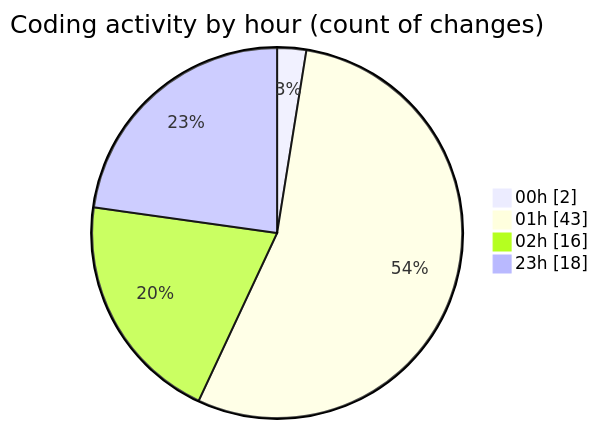
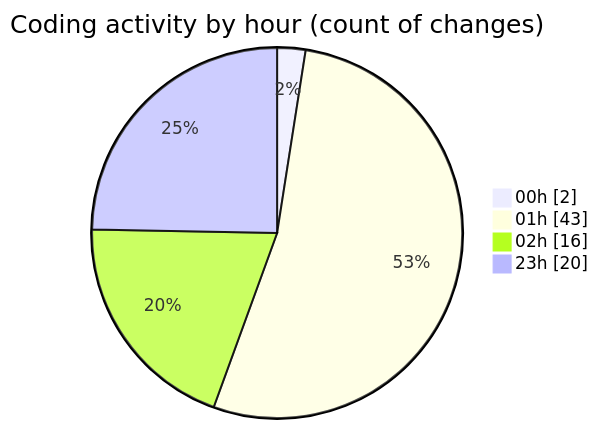
Before and after one commit to lephambinh05/code-tracking: the second of 2 diagrams in 2025-07-16/nhahang/README.md, drawn with Mermaid. The commit also changed other lines of this file and 1 other file, not shown here.

````diff
--- a/2025-07-16/nhahang/README.md
+++ b/2025-07-16/nhahang/README.md
@@ -57,8 +57,8 @@
 ```mermaid
 pie showData
 title Coding activity by hour (count of changes)
 "00h" : 2
 "01h" : 43
 "02h" : 16
-"23h" : 18
+"23h" : 20
 ```
````
